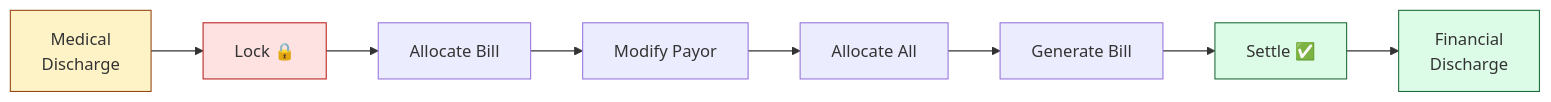
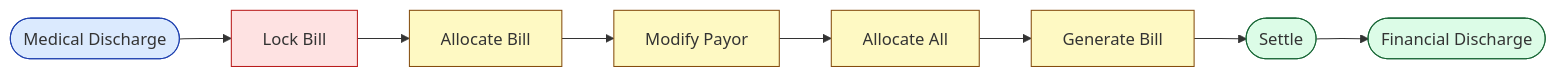
The diagram in public/charts/op-billing-workflow.mmd (npnatt12/KMCH-HIS-Wiki), drawn with Mermaid before and after one commit. The commit also changed 96 other files, not shown here.

First line of the commit message:
feat(portal): Phase 2 complete — cheat sheets, charts, and routes

```diff
--- a/public/charts/op-billing-workflow.mmd
+++ b/public/charts/op-billing-workflow.mmd
@@ -1,12 +1,16 @@
 graph LR
-  A[Medical<br/>Discharge] --> B[Lock 🔒]
+  A([Medical Discharge]) --> B[Lock Bill]
   B --> C[Allocate Bill]
   C --> D[Modify Payor]
   D --> E[Allocate All]
   E --> F[Generate Bill]
-  F --> G[Settle ✅]
-  G --> H[Financial<br/>Discharge]
-  style A fill:#fef3c7,stroke:#92400e
+  F --> G([Settle])
+  G --> H([Financial Discharge])
+  style A fill:#dbeafe,stroke:#1e40af
   style B fill:#fee2e2,stroke:#b91c1c
+  style C fill:#fef9c3,stroke:#854d0e
+  style D fill:#fef9c3,stroke:#854d0e
+  style E fill:#fef9c3,stroke:#854d0e
+  style F fill:#fef9c3,stroke:#854d0e
   style G fill:#dcfce7,stroke:#166534
   style H fill:#dcfce7,stroke:#166534
```
